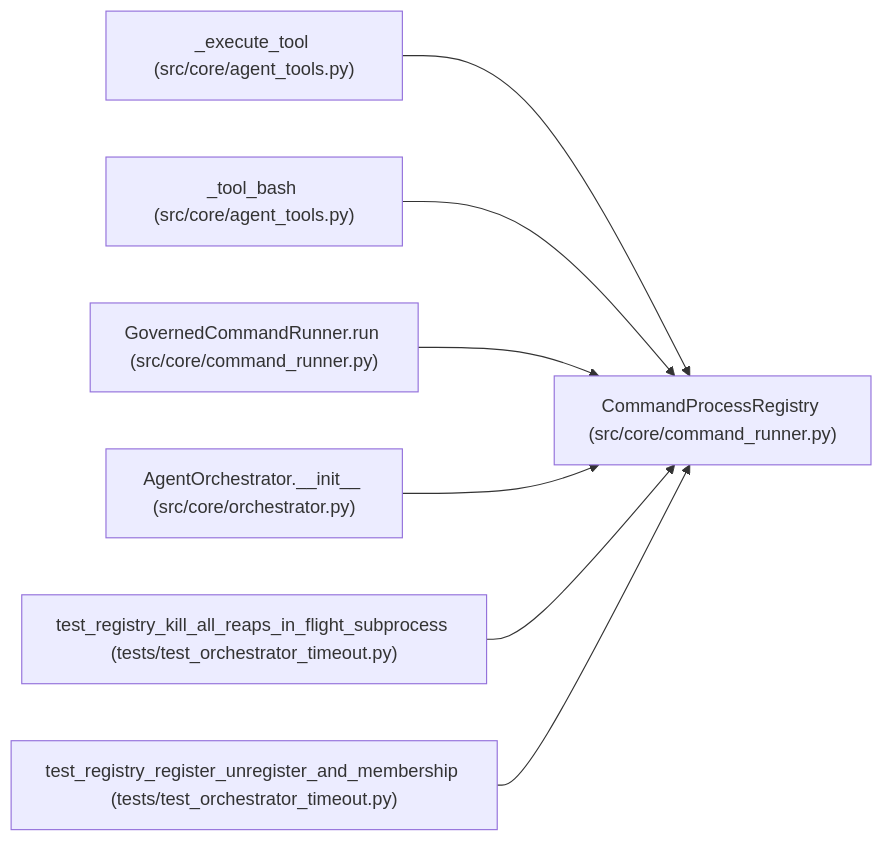
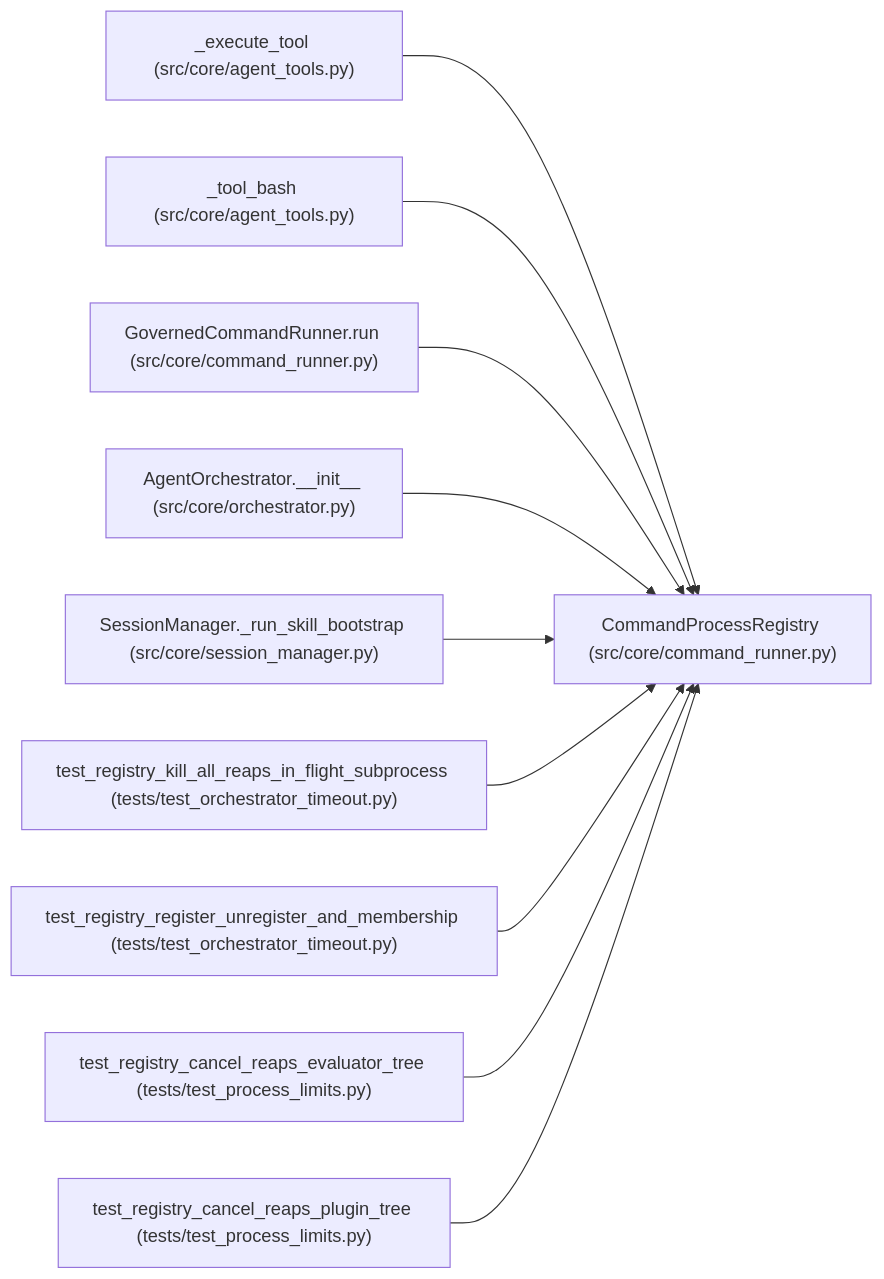
One commit to Denissvgn/autoresearch-agent changed the diagram in docs/llm_wiki/entities/CommandProcessRegistry.md. Above: the diagram before and after it, drawn with Mermaid. The commit also changed other lines of this file and 37 other files, not shown here.

````diff
--- a/docs/llm_wiki/entities/CommandProcessRegistry.md
+++ b/docs/llm_wiki/entities/CommandProcessRegistry.md
@@ -41,23 +41,32 @@
 ```mermaid
 flowchart LR
     n0["CommandProcessRegistry (src/core/command_runner.py)"]
     n1["_execute_tool (src/core/agent_tools.py)"]
     n2["_tool_bash (src/core/agent_tools.py)"]
     n3["GovernedCommandRunner.run (src/core/command_runner.py)"]
     n4["AgentOrchestrator.__init__ (src/core/orchestrator.py)"]
-    n5["test_registry_kill_all_reaps_in_flight_subprocess (tests/test_orchestrator_timeout.py)"]
-    n6["test_registry_register_unregister_and_membership (tests/test_orchestrator_timeout.py)"]
+    n5["SessionManager._run_skill_bootstrap (src/core/session_manager.py)"]
+    n6["test_registry_kill_all_reaps_in_flight_subprocess (tests/test_orchestrator_timeout.py)"]
+    n7["test_registry_register_unregister_and_membership (tests/test_orchestrator_timeout.py)"]
+    n8["test_registry_cancel_reaps_evaluator_tree (tests/test_process_limits.py)"]
+    n9["test_registry_cancel_reaps_plugin_tree (tests/test_process_limits.py)"]
     n1 --> n0
     n2 --> n0
     n3 --> n0
     n4 --> n0
     n5 --> n0
     n6 --> n0
+    n7 --> n0
+    n8 --> n0
+    n9 --> n0
     click n0 "../modules/command_runner.md"
     click n1 "../modules/agent_tools.md"
     click n2 "../modules/agent_tools.md"
     click n3 "../modules/command_runner.md"
     click n4 "../modules/orchestrator.md"
-    click n5 "../modules/test_orchestrator_timeout.md"
+    click n5 "../modules/session_manager.md"
     click n6 "../modules/test_orchestrator_timeout.md"
+    click n7 "../modules/test_orchestrator_timeout.md"
+    click n8 "../modules/test_process_limits.md"
+    click n9 "../modules/test_process_limits.md"
 ```
````
